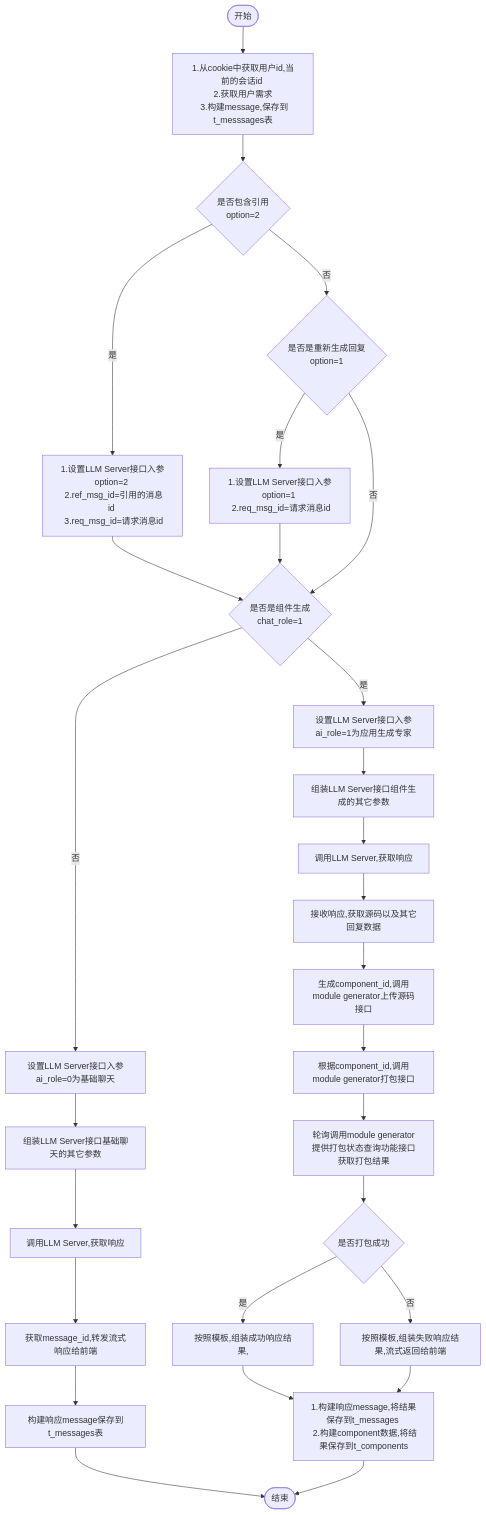
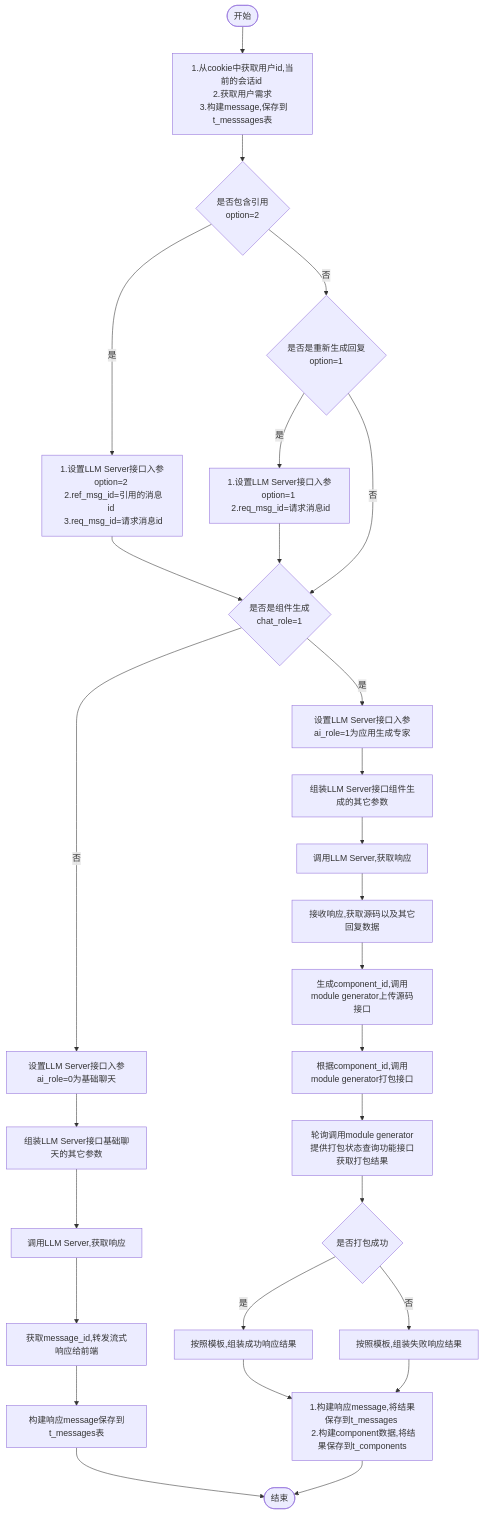
The diagram in all/w3-会话-不需要传递message.md (yingjianzh/iodraw-files), drawn with Mermaid before and after one commit.

Commit message:
2024-10-15 15:11:42 update

````diff
--- a/all/w3-会话-不需要传递message.md
+++ b/all/w3-会话-不需要传递message.md
@@ -1,34 +1,34 @@
 ```mermaid
 flowchart TD
     A([开始]) --> B[1.从cookie中获取用户id,当前的会话id \n 2.获取用户需求 \n 3.构建message,保存到t_messsages表]
     B--> D{是否包含引用 \n option=2}
     D -- 是 --> E[1.设置LLM Server接口入参option=2 \n 2.ref_msg_id=引用的消息id \n 3.req_msg_id=请求消息id]
     D -- 否 --> F{是否是重新生成回复\n option=1}
     F -- 是 --> G[1.设置LLM Server接口入参option=1 \n 2.req_msg_id=请求消息id]
     F -- 否 --> I
      
     E & G --> I{是否是组件生成 \n chat_role=1}
     I -- 否 --> K[设置LLM Server接口入参ai_role=0为基础聊天]
     I -- 是 --> J[设置LLM Server接口入参ai_role=1为应用生成专家]
     
 
     J --> L[组装LLM Server接口组件生成的其它参数]    
     K --> M[组装LLM Server接口基础聊天的其它参数]    
     M --> N[调用LLM Server,获取响应]    
     N --> O[获取message_id,转发流式响应给前端]
     O --> P[构建响应message保存到t_messages表]
     P --> R([结束])
 
 
     L --> S[调用LLM Server,获取响应]
     S --> T[接收响应,获取源码以及其它回复数据]
     T --> U[生成component_id,调用module generator上传源码接口]
     U --> V[根据component_id,调用module generator打包接口]
     V --> W[轮询调用module generator提供打包状态查询功能接口获取打包结果]
     W --> X{是否打包成功}
-    X -- 是 --> Y[按照模板,组装成功响应结果,]
-    X -- 否 --> Z[按照模板,组装失败响应结果,流式返回给前端]
+    X -- 是 --> Y[按照模板,组装成功响应结果]
+    X -- 否 --> Z[按照模板,组装失败响应结果]
 
     Y & Z --> Result[1.构建响应message,将结果保存到t_messages \n 2.构建component数据,将结果保存到t_components]
     Result --> R
 ```
````
